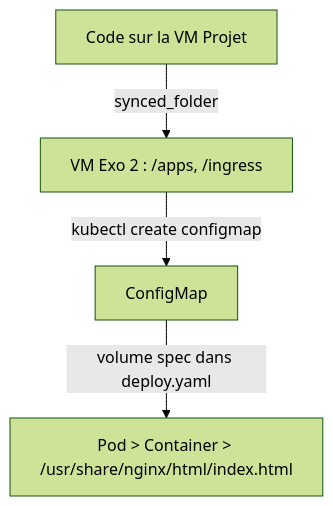
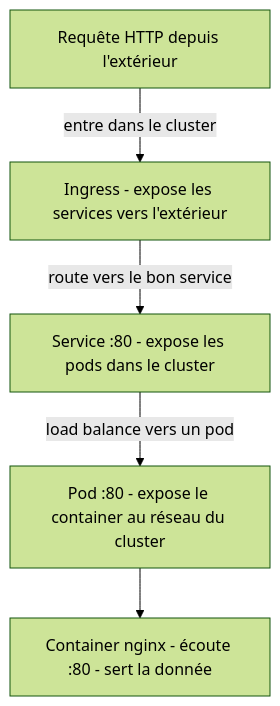
Before and after one commit to mlanglois26/42_inception_of_things: the second of 2 diagrams in p2/README.md, drawn with Mermaid (forest theme). The commit also changed other lines of this file, not shown here.

First line of the commit message:
docs(p2): keep only network mermaid, add listen vs expose diagram

````diff
--- a/p2/README.md
+++ b/p2/README.md
@@ -226,6 +77,8 @@
 ```mermaid
 graph TD
-    code["Code sur la VM Projet"] -->|"synced_folder"| vm["VM Exo 2 : /apps, /ingress"]
-    vm -->|"kubectl create configmap"| cm["ConfigMap"]
-    cm -->|"volume spec dans deploy.yaml"| pod["Pod > Container > /usr/share/nginx/html/index.html"]
+    ext["Requête HTTP depuis l'extérieur"] -->|"entre dans le cluster"| ingress
+    ingress["Ingress - expose les services vers l'extérieur"] -->|"route vers le bon service"| svc
+    svc["Service :80 - expose les pods dans le cluster"] -->|"load balance vers un pod"| pod
+    pod["Pod :80 - expose le container au réseau du cluster"] --> container
+    container["Container nginx - écoute :80 - sert la donnée"]
 ```
````
